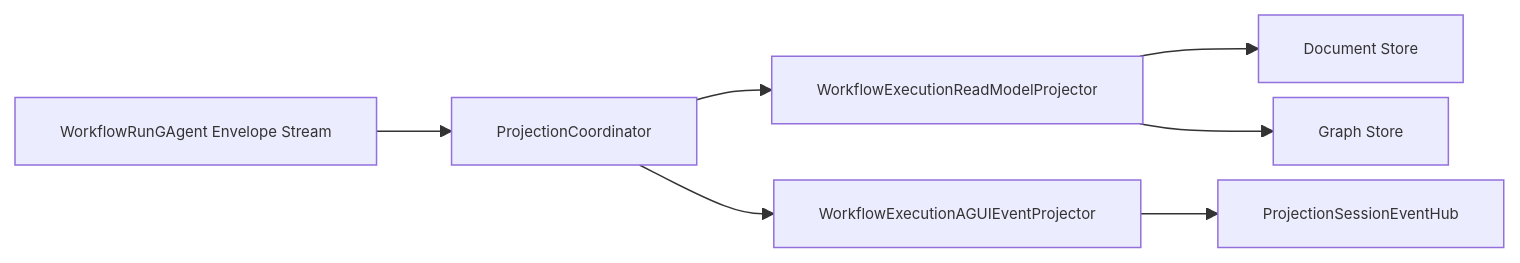
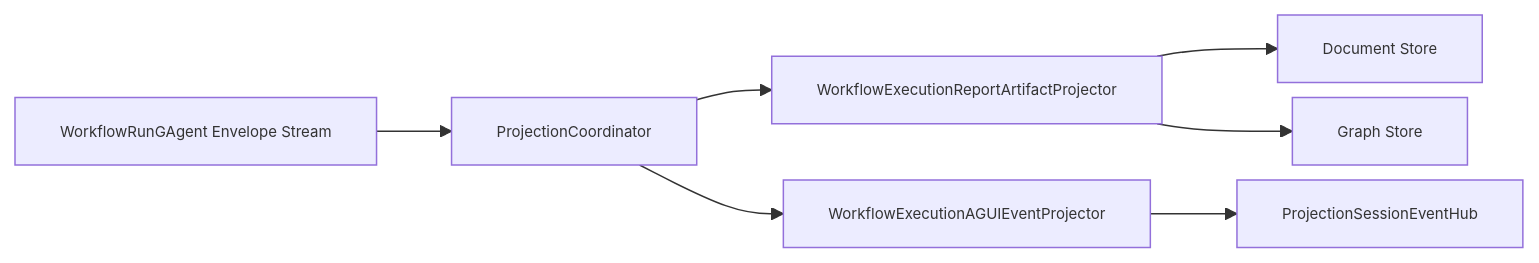
The diagram in src/workflow/Aevatar.Workflow.Projection/README.md (aevatarAI/aevatar), drawn with Mermaid before and after one commit. The commit also changed other lines of this file and 83 other files, not shown here.

First line of the commit message:
Refactor ReadModel Architecture and Update Projector Responsibilities

````diff
--- a/src/workflow/Aevatar.Workflow.Projection/README.md
+++ b/src/workflow/Aevatar.Workflow.Projection/README.md
@@ -25,18 +25,18 @@
 ```mermaid
 %%{init: {"maxTextSize": 100000, "flowchart": {"useMaxWidth": false, "nodeSpacing": 10, "rankSpacing": 50}, "themeVariables": {"fontSize": "10px"}}}%%
 flowchart LR
   ES["WorkflowRunGAgent Envelope Stream"]
   COOR["ProjectionCoordinator"]
-  RM["WorkflowExecutionReadModelProjector"]
+  RM["WorkflowExecutionReportArtifactProjector"]
   AG["WorkflowExecutionAGUIEventProjector"]
   DOC["Document Store"]
   GRAPH["Graph Store"]
   HUB["ProjectionSessionEventHub<WorkflowRunEvent>"]
 
   ES --> COOR
   COOR --> RM
   COOR --> AG
   RM --> DOC
   RM --> GRAPH
   AG --> HUB
 ```
````
